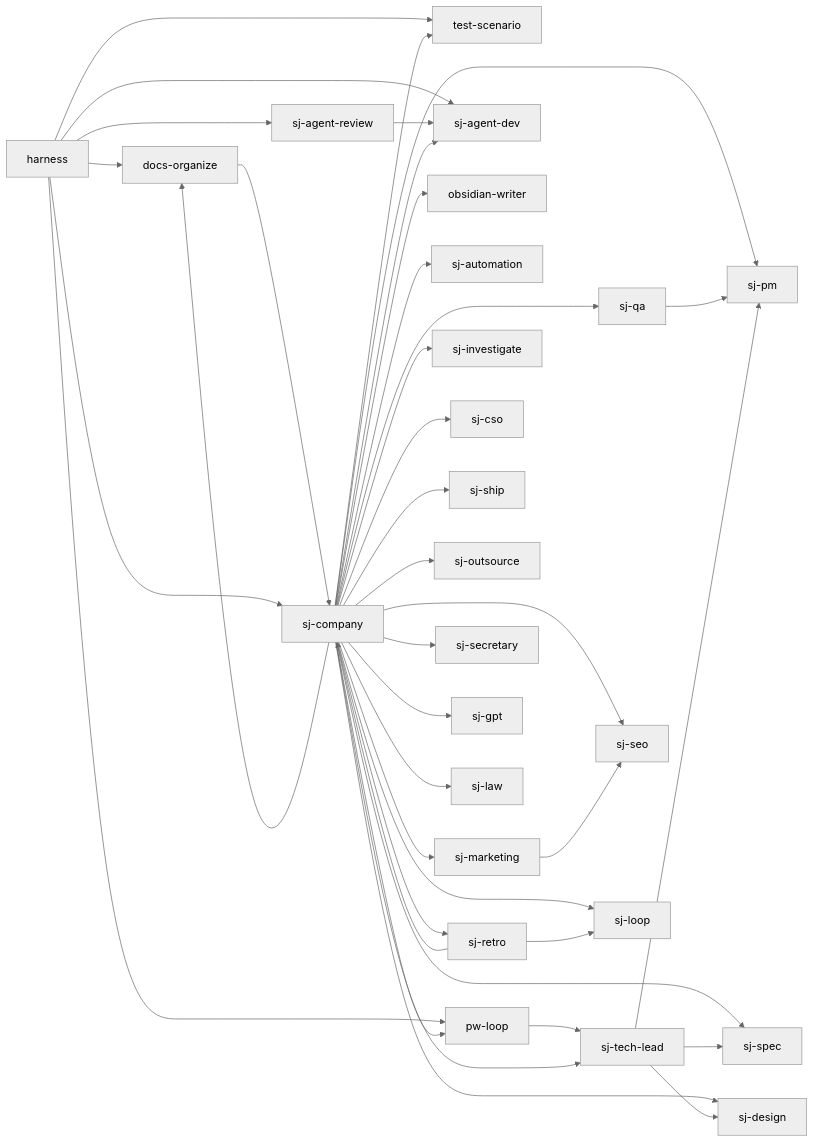
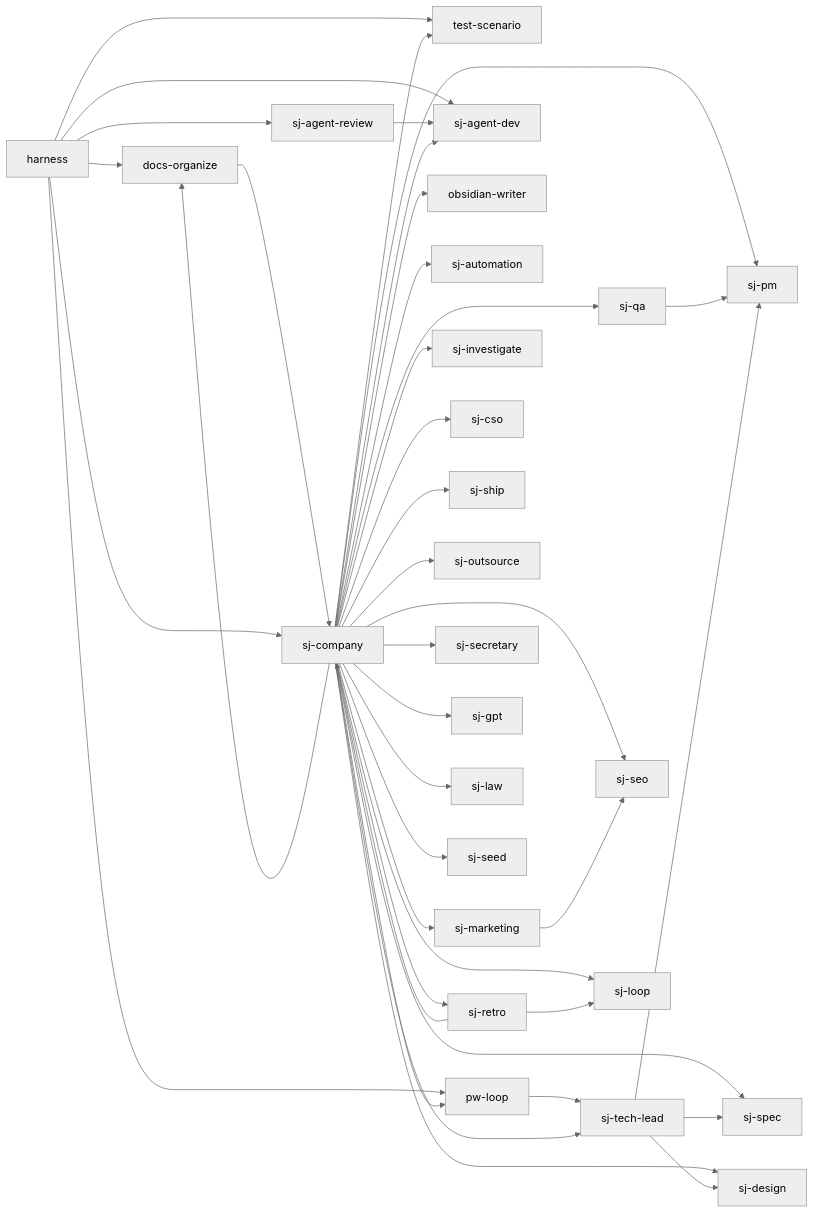
The diagram in docs/FEATURE-MAP.md (s0613/S-skills), drawn with Mermaid (neutral theme) before and after one commit. The commit also changed other lines of this file and 14 other files, not shown here.

````diff
--- a/docs/FEATURE-MAP.md
+++ b/docs/FEATURE-MAP.md
@@ -6,41 +6,42 @@
 ```mermaid
 flowchart LR
   F01[docs-organize] --> F08[sj-company]
   F02[harness] --> F01
   F02 --> F26[test-scenario]
   F02 --> F04[pw-loop]
   F02 --> F08
   F02 --> F06[sj-agent-review]
   F02 --> F05[sj-agent-dev]
   F04 --> F25[sj-tech-lead]
   F06 --> F05
   F08 --> F18[sj-pm]
   F08 --> F25
   F08 --> F19[sj-qa]
   F08 --> F03[obsidian-writer]
   F08 --> F07[sj-automation]
   F08 --> F22[sj-seo]
   F08 --> F16[sj-marketing]
   F08 --> F24[sj-spec]
   F08 --> F13[sj-investigate]
   F08 --> F05
   F08 --> F09[sj-cso]
   F08 --> F23[sj-ship]
   F08 --> F17[sj-outsource]
   F08 --> F20[sj-retro]
   F08 --> F10[sj-design]
   F08 --> F21[sj-secretary]
   F08 --> F26
   F08 --> F04
   F08 --> F01
   F08 --> F15[sj-loop]
   F08 --> F12[sj-gpt]
   F08 --> F14[sj-law]
+  F08 --> F27[sj-seed]
   F16 --> F22
   F19 --> F18
   F20 --> F08
   F20 --> F15
   F25 --> F18
   F25 --> F24
   F25 --> F10
 ```
````
